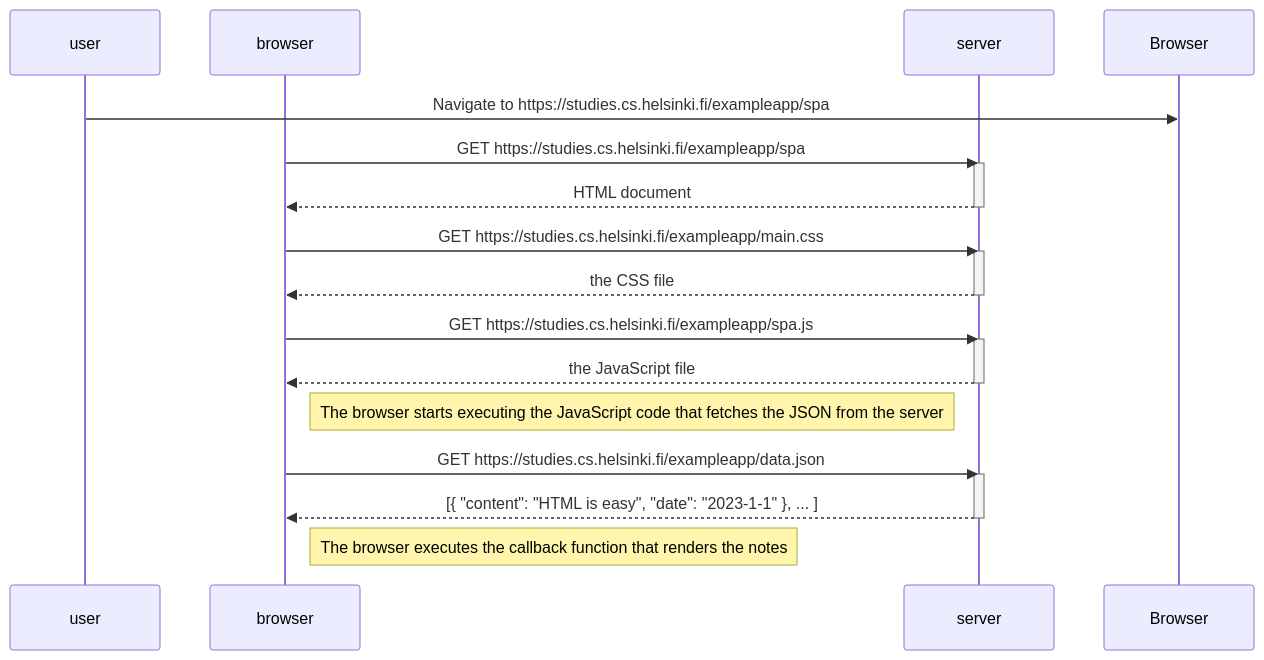
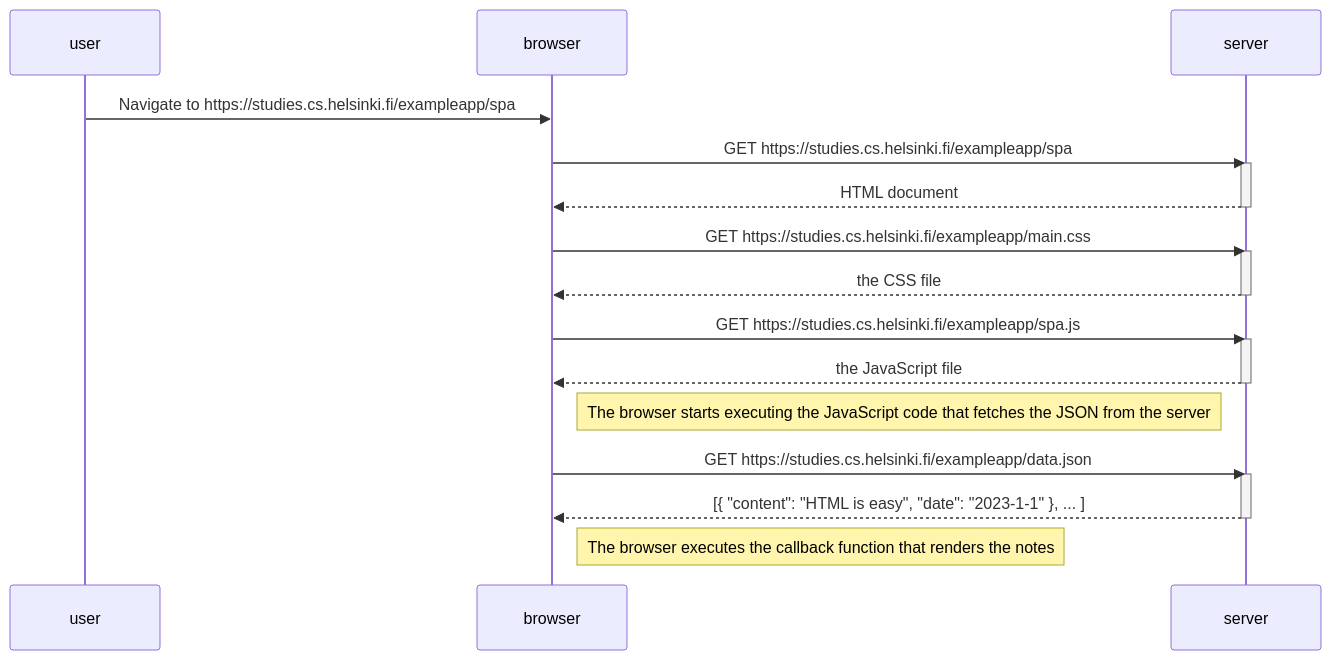
The diagram in part0/0.5.Single_page_app_diagram/single_page_diagram.md (nkanagno/my-submissions), drawn with Mermaid before and after one commit.

Commit message:
add part0

````diff
--- a/part0/0.5.Single_page_app_diagram/single_page_diagram.md
+++ b/part0/0.5.Single_page_app_diagram/single_page_diagram.md
@@ -1,31 +1,31 @@
 ```mermaid
 sequenceDiagram
     participant user
     participant browser
     participant server
 
-    user->>Browser: Navigate to https://studies.cs.helsinki.fi/exampleapp/spa
+    user->>browser: Navigate to https://studies.cs.helsinki.fi/exampleapp/spa
     browser->>server: GET https://studies.cs.helsinki.fi/exampleapp/spa
     activate server
     server-->>browser: HTML document
     deactivate server
 
     browser->>server: GET https://studies.cs.helsinki.fi/exampleapp/main.css
     activate server
     server-->>browser: the CSS file
     deactivate server
 
     browser->>server: GET https://studies.cs.helsinki.fi/exampleapp/spa.js
     activate server
     server-->>browser: the JavaScript file
     deactivate server
 
     Note right of browser: The browser starts executing the JavaScript code that fetches the JSON from the server
 
     browser->>server: GET https://studies.cs.helsinki.fi/exampleapp/data.json
     activate server
     server-->>browser: [{ "content": "HTML is easy", "date": "2023-1-1" }, ... ]
     deactivate server
 
     Note right of browser: The browser executes the callback function that renders the notes
 ```
````
